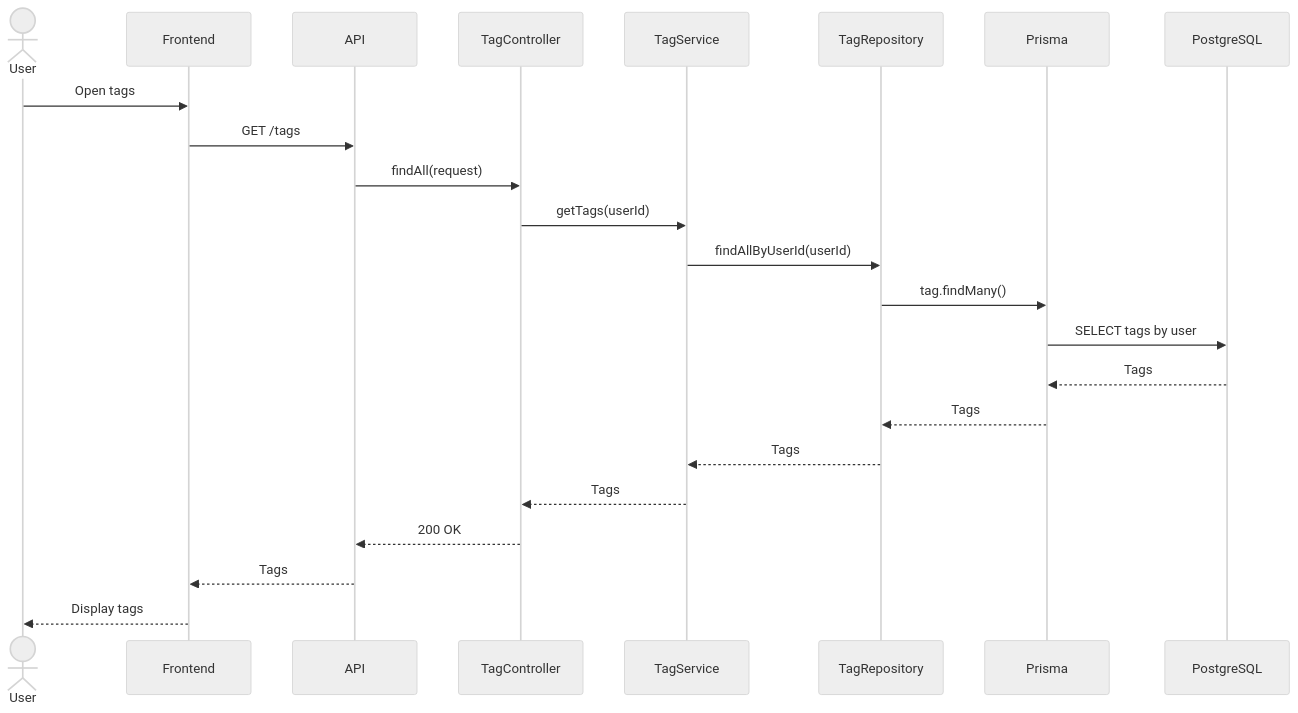
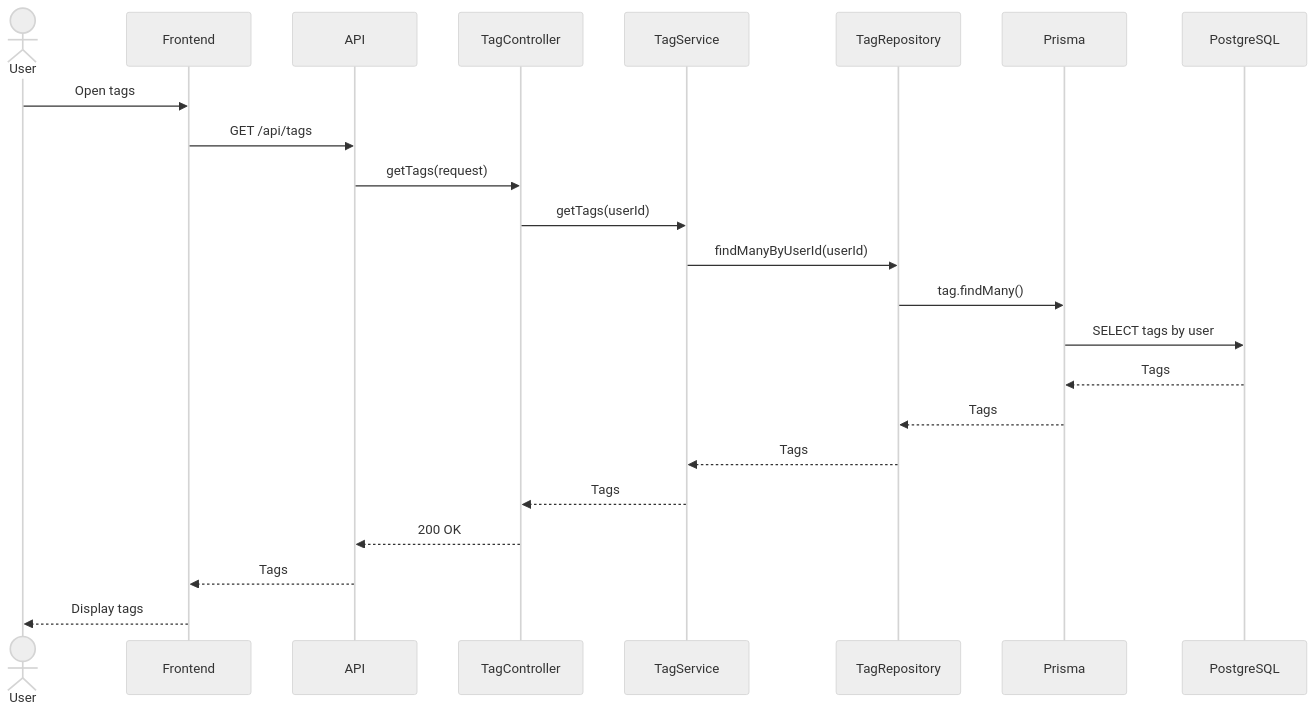
One commit to davihenriquedev1/prodixus changed the first of 2 diagrams in docs/diagrams/sequence-diagrams/tag/get.md. Above: the diagram before and after it, drawn with Mermaid (neutral theme). The commit also changed other lines of this file and 3 other files, not shown here.

Commit message:
docs(tag): update tag sequence diagrams

````diff
--- a/docs/diagrams/sequence-diagrams/tag/get.md
+++ b/docs/diagrams/sequence-diagrams/tag/get.md
@@ -5,47 +5,31 @@
-```mermaid
+```mermaid id="4r8k2m"
 sequenceDiagram
 
     actor User
-
     participant Frontend
-
     participant API
-
     participant TagController
-
     participant TagService
-
     participant TagRepository
-
     participant Prisma
-
     participant PostgreSQL
 
     User->>Frontend: Open tags
 
-    Frontend->>API: GET /tags
-
-    API->>TagController: findAll(request)
+    Frontend->>API: GET /api/tags
+    API->>TagController: getTags(request)
 
     TagController->>TagService: getTags(userId)
 
-    TagService->>TagRepository: findAllByUserId(userId)
-
+    TagService->>TagRepository: findManyByUserId(userId)
     TagRepository->>Prisma: tag.findMany()
-
     Prisma->>PostgreSQL: SELECT tags by user
-
     PostgreSQL-->>Prisma: Tags
-
     Prisma-->>TagRepository: Tags
-
     TagRepository-->>TagService: Tags
 
     TagService-->>TagController: Tags
-
     TagController-->>API: 200 OK
-
     API-->>Frontend: Tags
-
     Frontend-->>User: Display tags
 ```
````
